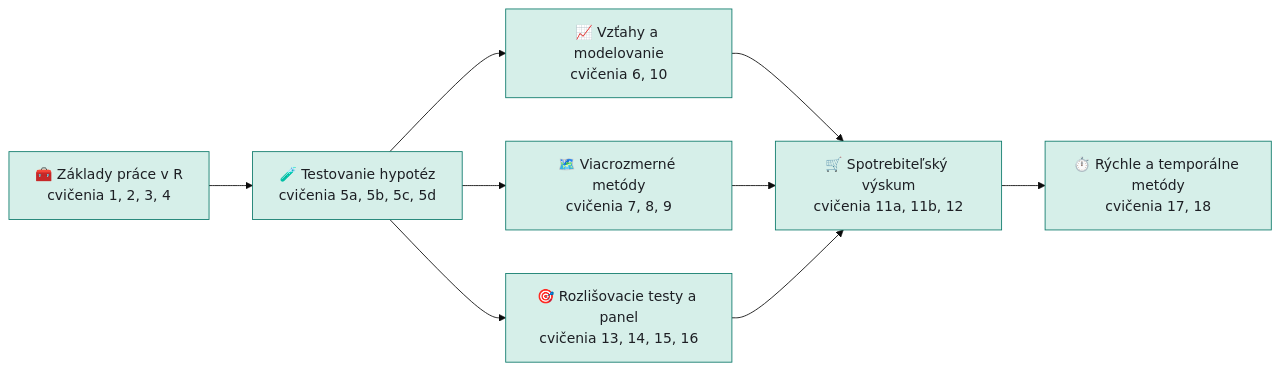
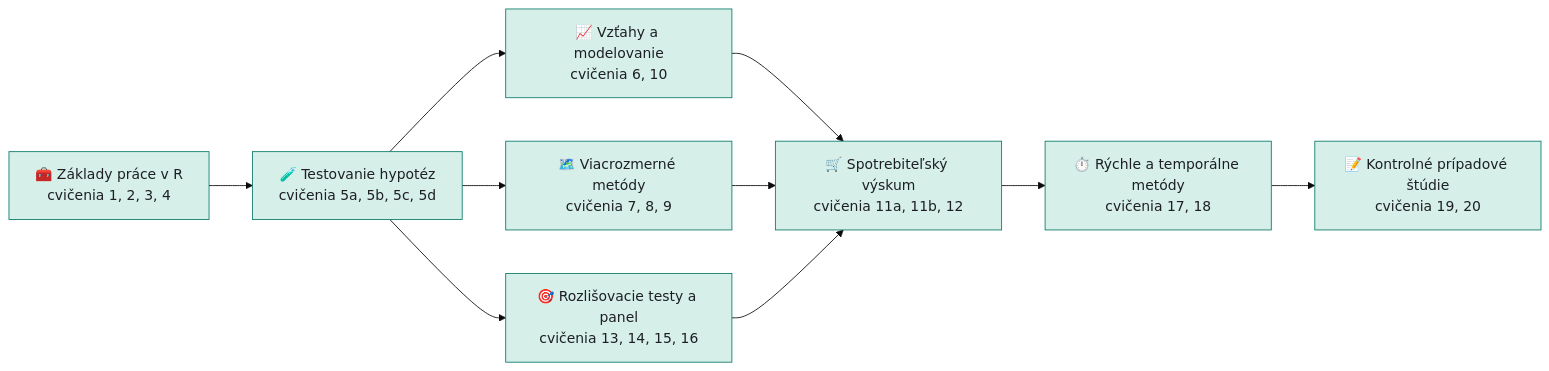
Before and after one commit to senzorika/SaIT: the first of 2 diagrams in README.md, drawn with Mermaid (base theme). The commit also changed other lines of this file and 57 other files, not shown here.

````diff
--- a/README.md
+++ b/README.md
@@ -28,20 +28,22 @@
 ```mermaid
 flowchart LR
     B0["🧰 Základy práce v R<br/>cvičenia 1, 2, 3, 4"]
     B1["🧪 Testovanie hypotéz<br/>cvičenia 5a, 5b, 5c, 5d"]
     B2["📈 Vzťahy a modelovanie<br/>cvičenia 6, 10"]
     B3["🗺️ Viacrozmerné metódy<br/>cvičenia 7, 8, 9"]
     B4["🎯 Rozlišovacie testy a panel<br/>cvičenia 13, 14, 15, 16"]
     B5["🛒 Spotrebiteľský výskum<br/>cvičenia 11a, 11b, 12"]
     B6["⏱️ Rýchle a temporálne metódy<br/>cvičenia 17, 18"]
+    B7["📝 Kontrolné prípadové štúdie<br/>cvičenia 19, 20"]
     B0 --> B1
     B1 --> B2
     B1 --> B3
     B1 --> B4
     B2 --> B5
     B3 --> B5
     B4 --> B5
     B5 --> B6
+    B6 --> B7
     classDef blk fill:#d6efe9,stroke:#0f7b6c,color:#1d1f24
-    class B0,B1,B2,B3,B4,B5,B6 blk
+    class B0,B1,B2,B3,B4,B5,B6,B7 blk
 ```
````
